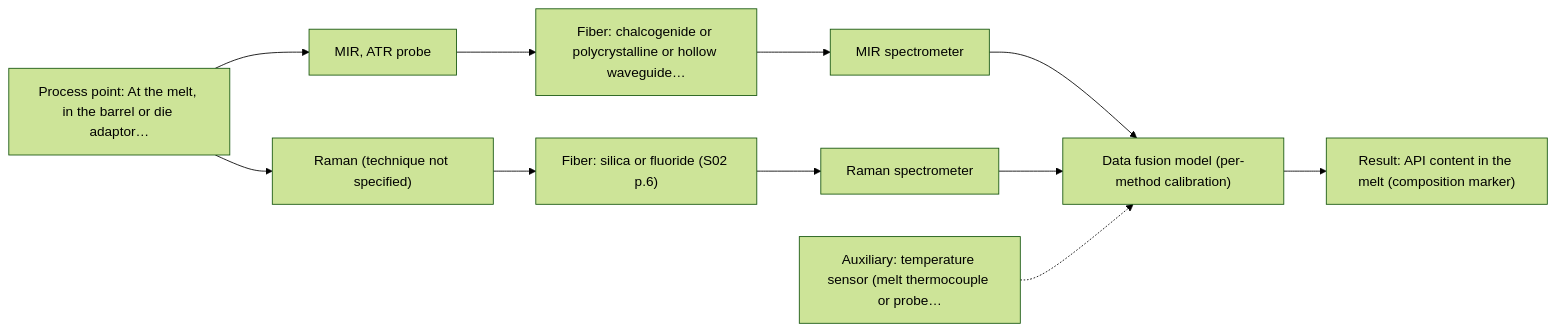
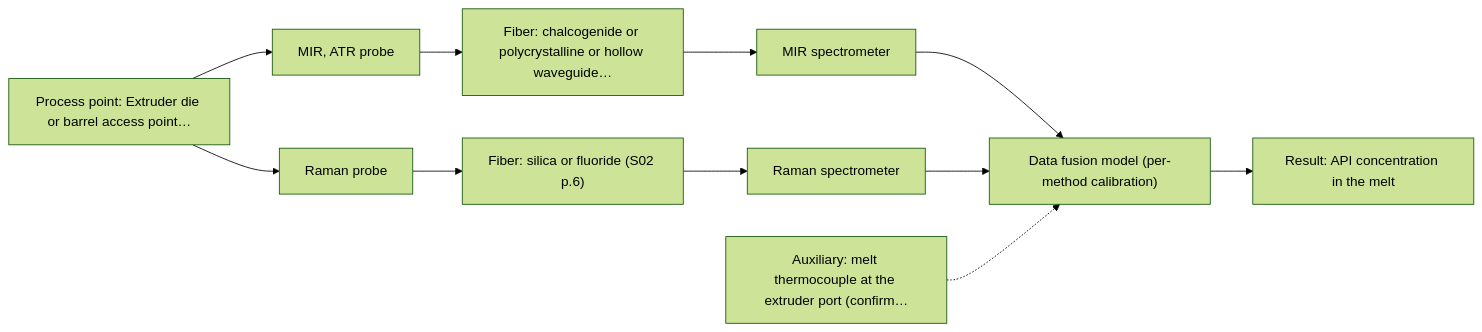
One commit to sleipnir029/Afs-Spectroscopy-Assistant changed the second of 2 diagrams in outputs/dev/D07.md. Above: the diagram before and after it, drawn with Mermaid (forest theme). The commit also changed other lines of this file and 41 other files, not shown here.

````diff
--- a/outputs/dev/D07.md
+++ b/outputs/dev/D07.md
@@ -86,23 +97,23 @@
 ```mermaid
 flowchart LR
-    proc["Process point: At the melt, in the barrel or die adaptor…"]
+    proc["Process point: Extruder die or barrel access point…"]
     probe1["MIR, ATR probe"]
     fiber1["Fiber: chalcogenide or polycrystalline or hollow waveguide…"]
     spec1["MIR spectrometer"]
-    probe2["Raman (technique not specified)"]
+    probe2["Raman probe"]
     fiber2["Fiber: silica or fluoride (S02 p.6)"]
     spec2["Raman spectrometer"]
     model["Data fusion model (per-method calibration)"]
-    result["Result: API content in the melt (composition marker)"]
-    aux1["Auxiliary: temperature sensor (melt thermocouple or probe…"]
+    result["Result: API concentration in the melt"]
+    aux1["Auxiliary: melt thermocouple at the extruder port (confirm…"]
     proc --> probe1
     probe1 --> fiber1
     fiber1 --> spec1
     spec1 --> model
     proc --> probe2
     probe2 --> fiber2
     fiber2 --> spec2
     spec2 --> model
     model --> result
     aux1 -.-> model
 ```
````
